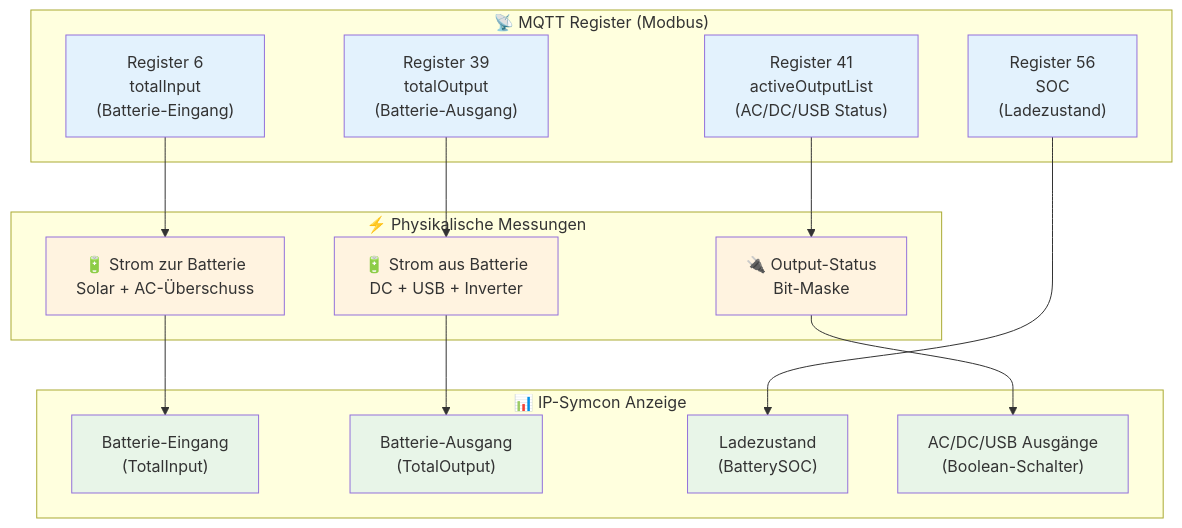
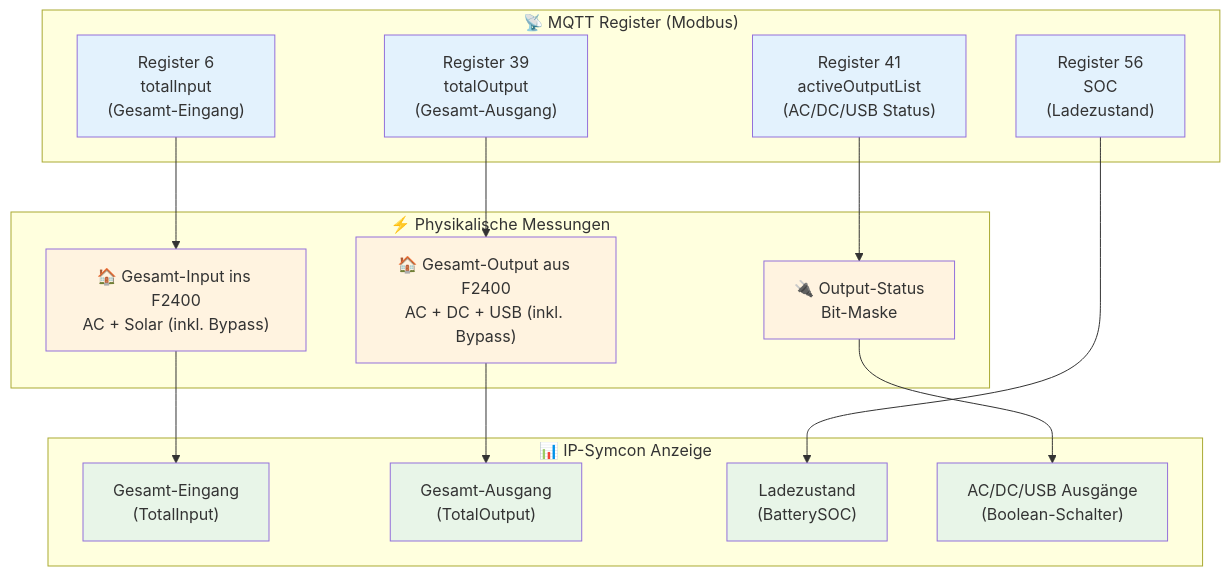
The fourth of 4 diagrams in README.md (tkaufmann/fossibot-ipsymcon), drawn with Mermaid before and after one commit. The commit also changed other lines of this file and 1 other file, not shown here.

First line of the commit message:
Korrigiere Labels: 'Batterie' → 'Gesamt' nach API-Analyse

````diff
--- a/README.md
+++ b/README.md
@@ -249,36 +249,36 @@
 ```mermaid
 graph TB
     subgraph "📡 MQTT Register (Modbus)"
-        R6["Register 6<br/>totalInput<br/>(Batterie-Eingang)"]
-        R39["Register 39<br/>totalOutput<br/>(Batterie-Ausgang)"]
+        R6["Register 6<br/>totalInput<br/>(Gesamt-Eingang)"]
+        R39["Register 39<br/>totalOutput<br/>(Gesamt-Ausgang)"]
         R56["Register 56<br/>SOC<br/>(Ladezustand)"]
         R41["Register 41<br/>activeOutputList<br/>(AC/DC/USB Status)"]
     end
     
     subgraph "⚡ Physikalische Messungen"
-        BattIn["🔋 Strom zur Batterie<br/>Solar + AC-Überschuss"]
-        BattOut["🔋 Strom aus Batterie<br/>DC + USB + Inverter"]
+        SystemIn["🏠 Gesamt-Input ins F2400<br/>AC + Solar (inkl. Bypass)"]
+        SystemOut["🏠 Gesamt-Output aus F2400<br/>AC + DC + USB (inkl. Bypass)"]
         Outputs["🔌 Output-Status<br/>Bit-Maske"]
     end
     
     subgraph "📊 IP-Symcon Anzeige"
-        IPSIn["Batterie-Eingang<br/>(TotalInput)"]
-        IPSOut["Batterie-Ausgang<br/>(TotalOutput)"]
+        IPSIn["Gesamt-Eingang<br/>(TotalInput)"]
+        IPSOut["Gesamt-Ausgang<br/>(TotalOutput)"]
         IPSSOC["Ladezustand<br/>(BatterySOC)"]
         IPSOutputs["AC/DC/USB Ausgänge<br/>(Boolean-Schalter)"]
     end
     
-    R6 --> BattIn --> IPSIn
-    R39 --> BattOut --> IPSOut
+    R6 --> SystemIn --> IPSIn
+    R39 --> SystemOut --> IPSOut
     R56 --> IPSSOC
     R41 --> Outputs --> IPSOutputs
     
     %% Styling
     classDef mqtt fill:#e3f2fd
     classDef physical fill:#fff3e0
     classDef ips fill:#e8f5e8
     
     class R6,R39,R56,R41 mqtt
-    class BattIn,BattOut,Outputs physical
+    class SystemIn,SystemOut,Outputs physical
     class IPSIn,IPSOut,IPSSOC,IPSOutputs ips
 ```
````
